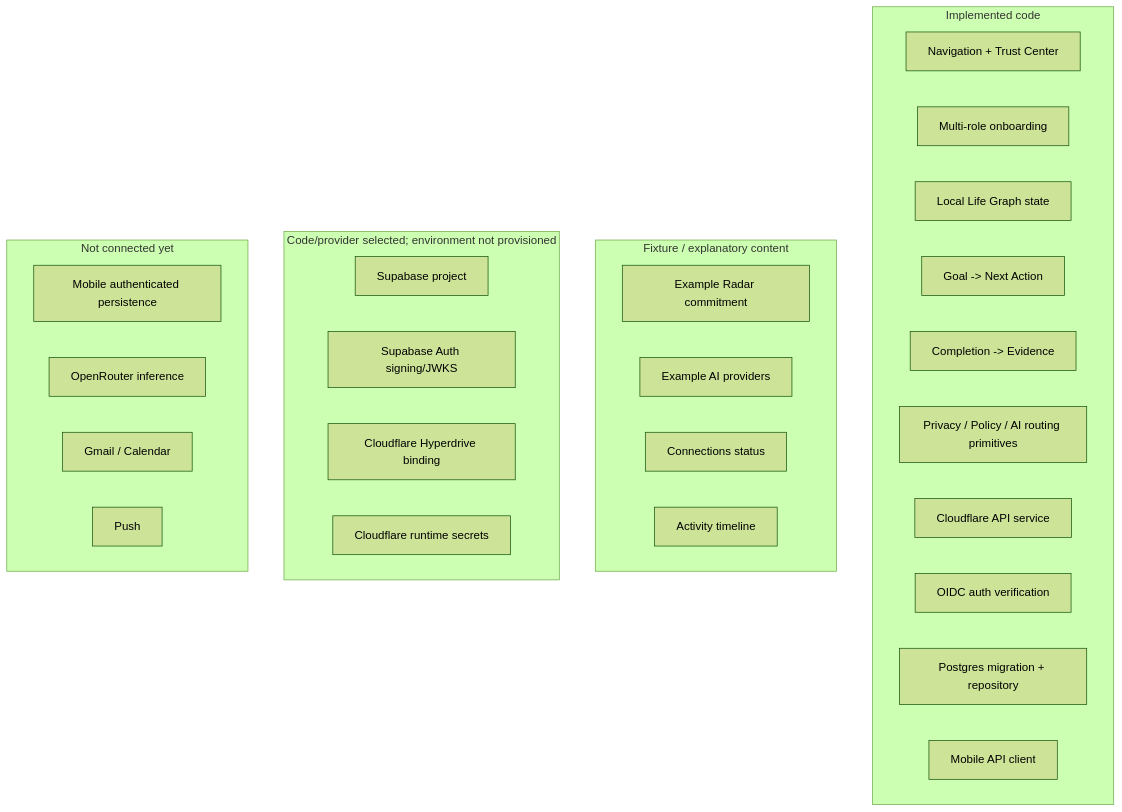
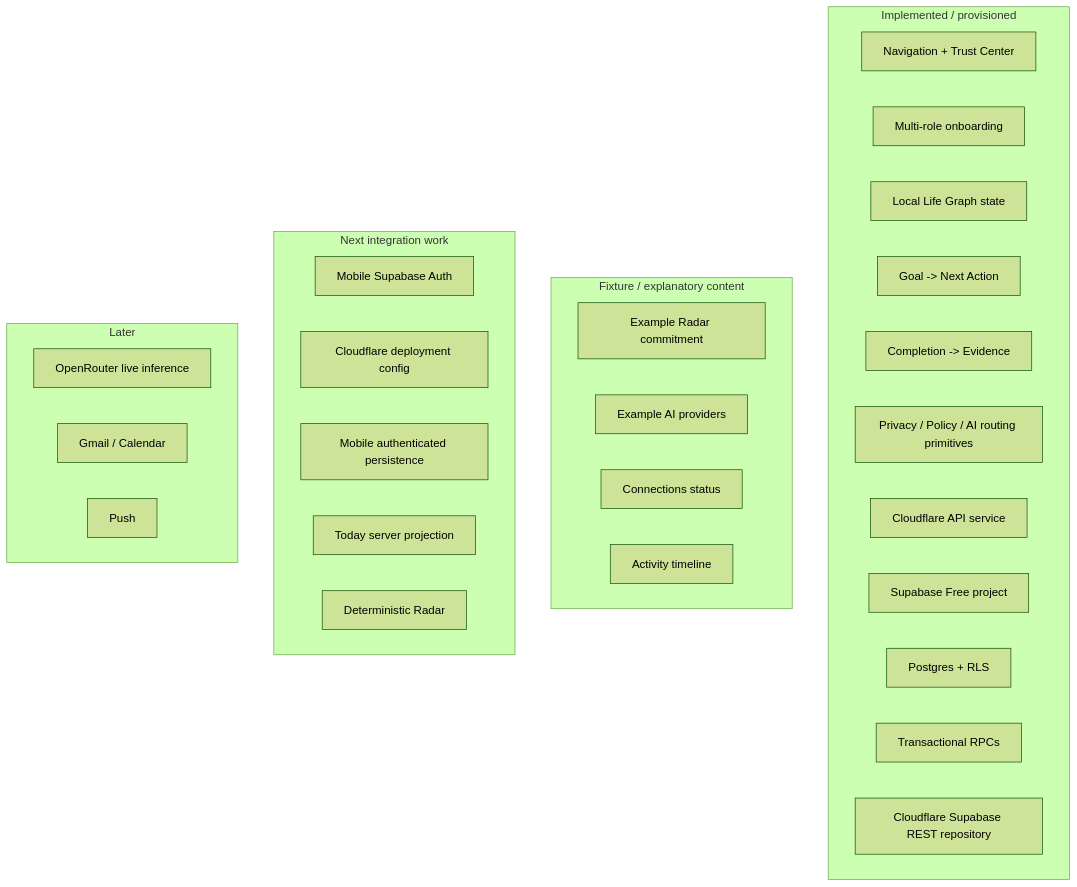
One commit to seq23/aplayer-mode changed the second of 3 diagrams in docs/13-IMPLEMENTATION-STATUS.md. Above: the diagram before and after it, drawn with Mermaid (forest theme). The commit also changed other lines of this file, not shown here.

Commit message:
docs: record live Supabase Free backend baseline

````diff
--- a/docs/13-IMPLEMENTATION-STATUS.md
+++ b/docs/13-IMPLEMENTATION-STATUS.md
@@ -71,36 +74,37 @@
 ```mermaid
 flowchart TB
-  subgraph REAL[Implemented code]
+  subgraph REAL[Implemented / provisioned]
     R1[Navigation + Trust Center]
     R2[Multi-role onboarding]
     R3[Local Life Graph state]
     R4[Goal -> Next Action]
     R5[Completion -> Evidence]
     R6[Privacy / Policy / AI routing primitives]
     R7[Cloudflare API service]
-    R8[OIDC auth verification]
-    R9[Postgres migration + repository]
-    R10[Mobile API client]
+    R8[Supabase Free project]
+    R9[Postgres + RLS]
+    R10[Transactional RPCs]
+    R11[Cloudflare Supabase REST repository]
   end
 
   subgraph FIXTURE[Fixture / explanatory content]
     F1[Example Radar commitment]
     F2[Example AI providers]
     F3[Connections status]
     F4[Activity timeline]
   end
 
-  subgraph NEEDSENV[Code/provider selected; environment not provisioned]
-    P1[Supabase project]
-    P2[Supabase Auth signing/JWKS]
-    P3[Cloudflare Hyperdrive binding]
-    P4[Cloudflare runtime secrets]
+  subgraph NEXT[Next integration work]
+    N1[Mobile Supabase Auth]
+    N2[Cloudflare deployment config]
+    N3[Mobile authenticated persistence]
+    N4[Today server projection]
+    N5[Deterministic Radar]
   end
 
-  subgraph NOTYET[Not connected yet]
-    N1[Mobile authenticated persistence]
-    N2[OpenRouter inference]
-    N3[Gmail / Calendar]
-    N4[Push]
+  subgraph LATER[Later]
+    L1[OpenRouter live inference]
+    L2[Gmail / Calendar]
+    L3[Push]
   end
 ```
````
